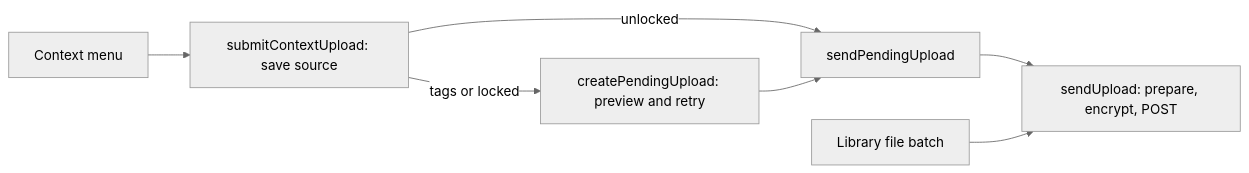
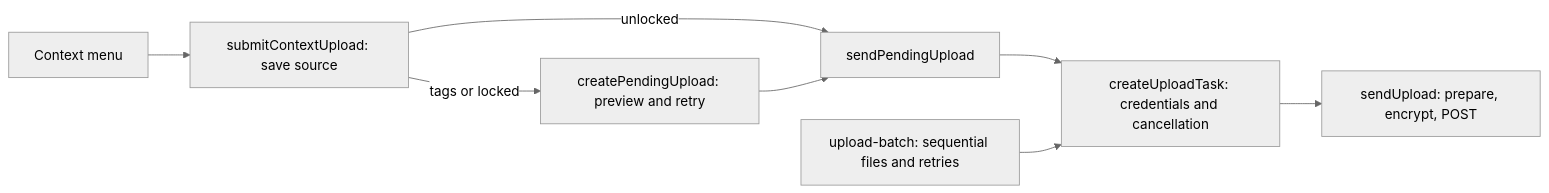
One commit to aci2n/i2nclip changed the diagram in client/README.md. Above: the diagram before and after it, drawn with Mermaid (neutral theme). The commit also changed other lines of this file and 7 other files, not shown here.

Commit message:
Refactor upload workflows around shared task ownership

````diff
--- a/client/README.md
+++ b/client/README.md
@@ -87,9 +87,10 @@
 ```mermaid
 flowchart LR
     Menu[Context menu] --> Queue[submitContextUpload: save source]
     Queue -->|unlocked| Transfer[sendPendingUpload]
     Queue -->|tags or locked| Popup[createPendingUpload: preview and retry]
     Popup --> Transfer
-    Transfer --> Send[sendUpload: prepare, encrypt, POST]
-    Library[Library file batch] --> Send
+    Transfer --> Task[createUploadTask: credentials and cancellation]
+    Library[upload-batch: sequential files and retries] --> Task
+    Task --> Send[sendUpload: prepare, encrypt, POST]
 ```
````
